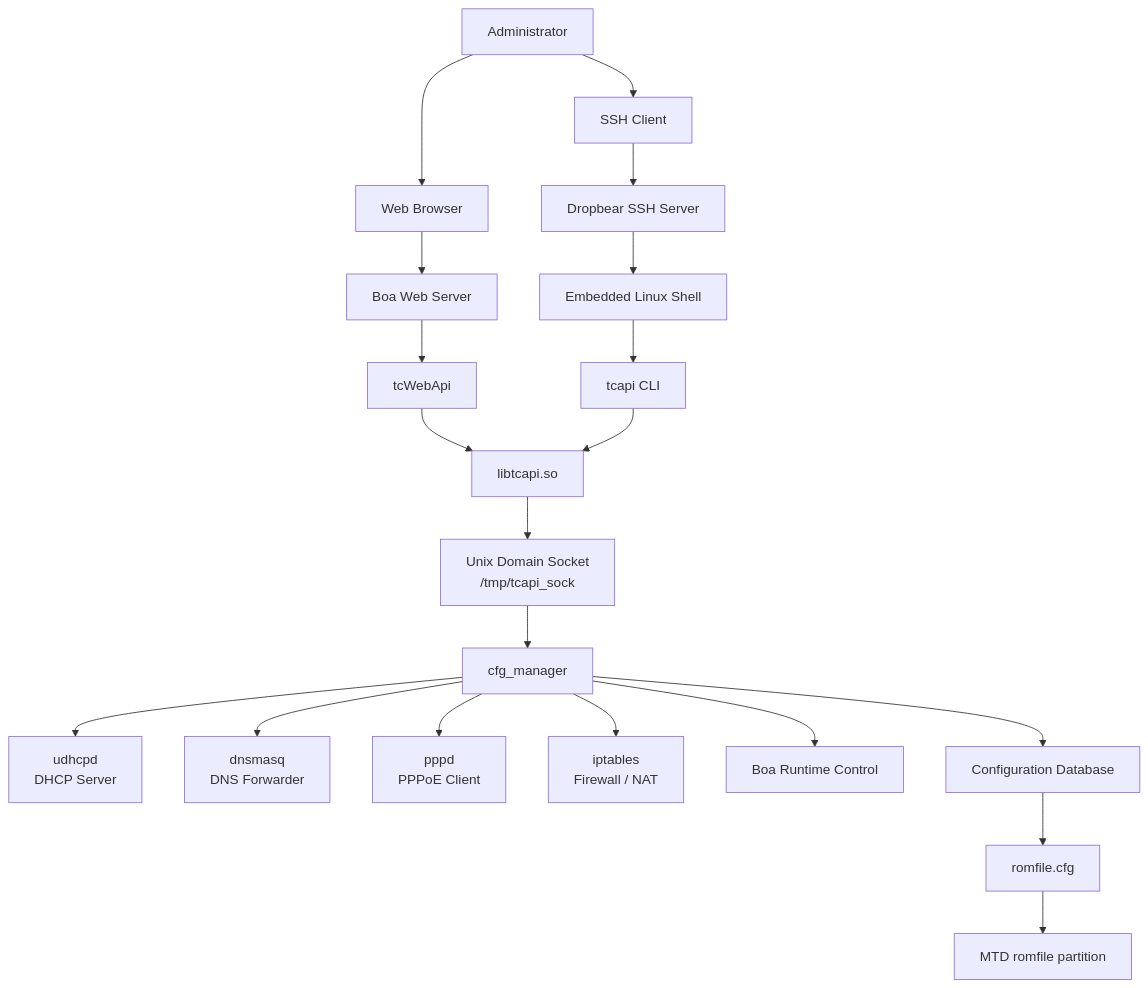
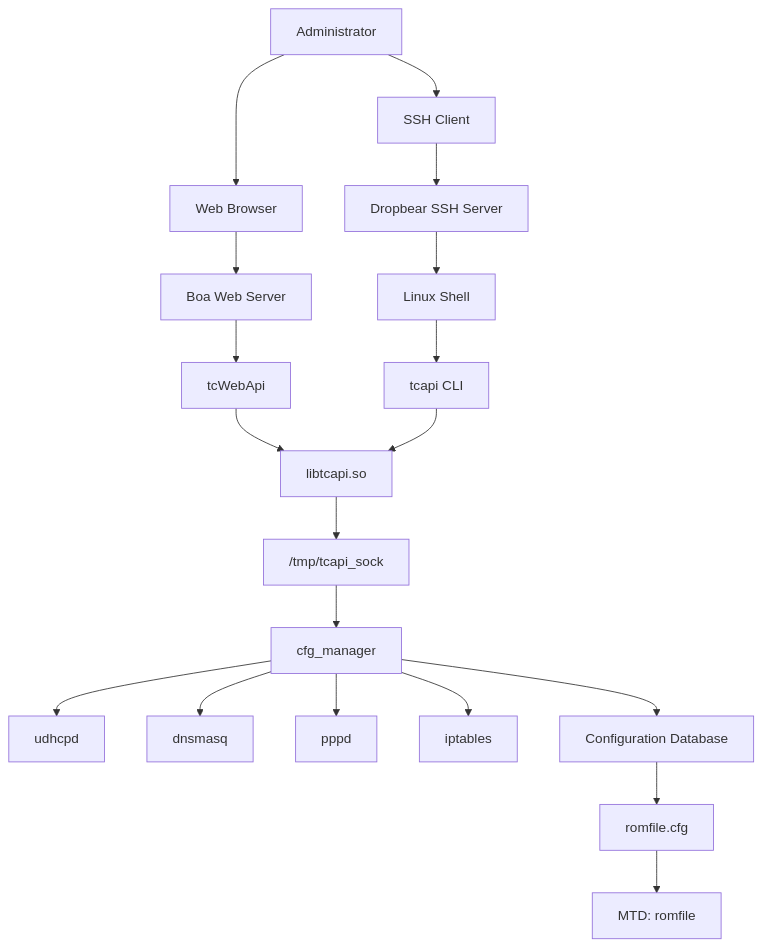
Before and after one commit to hamzaterzi/asus-dsl-ac750-firmware-reverse-engineering: the diagram in diagrams/service-architecture.md, drawn with Mermaid. The commit also changed other lines of this file, not shown here.

Commit message:
docs: improve service architecture diagram
This update refines the service architecture diagram and improves the description for clarity.

````diff
--- a/diagrams/service-architecture.md
+++ b/diagrams/service-architecture.md
@@ -3,33 +3,34 @@
 ```mermaid
 flowchart TD
 
     Admin["Administrator"]
 
     Admin --> Browser["Web Browser"]
     Admin --> SSH["SSH Client"]
 
     Browser --> Boa["Boa Web Server"]
     SSH --> Dropbear["Dropbear SSH Server"]
 
     Boa --> tcWebApi["tcWebApi"]
-    Dropbear --> Shell["Embedded Linux Shell"]
 
+    Dropbear --> Shell["Linux Shell"]
     Shell --> CLI["tcapi CLI"]
 
-    tcWebApi --> libtcapi["libtcapi.so"]
-    CLI --> libtcapi
+    tcWebApi --> Lib["libtcapi.so"]
+    CLI --> Lib
 
-    libtcapi --> Socket["Unix Domain Socket<br>/tmp/tcapi_sock"]
+    Lib --> Socket["/tmp/tcapi_sock"]
 
     Socket --> CFG["cfg_manager"]
 
-    CFG --> DHCP["udhcpd<br>DHCP Server"]
-    CFG --> DNS["dnsmasq<br>DNS Forwarder"]
-    CFG --> PPP["pppd<br>PPPoE Client"]
-    CFG --> FW["iptables<br>Firewall / NAT"]
-    CFG --> Web["Boa Runtime Control"]
-    CFG --> DB["Configuration Database"]
+    CFG --> DHCP["udhcpd"]
+    CFG --> DNS["dnsmasq"]
+    CFG --> PPP["pppd"]
+    CFG --> FW["iptables"]
 
-    DB --> Romfile["romfile.cfg"]
-    Romfile --> Flash["MTD romfile partition"]
+    CFG --> Config["Configuration Database"]
+
+    Config --> Rom["romfile.cfg"]
+
+    Rom --> Flash["MTD: romfile"]
 ```
````
